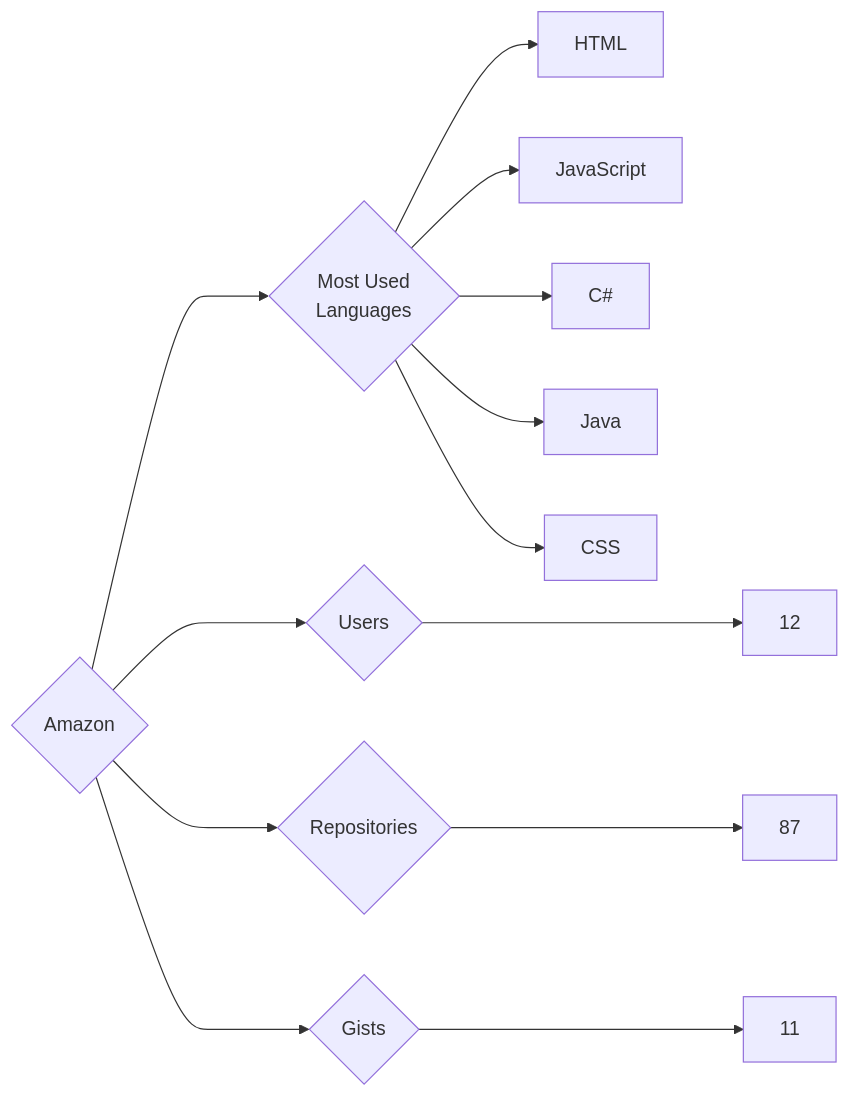
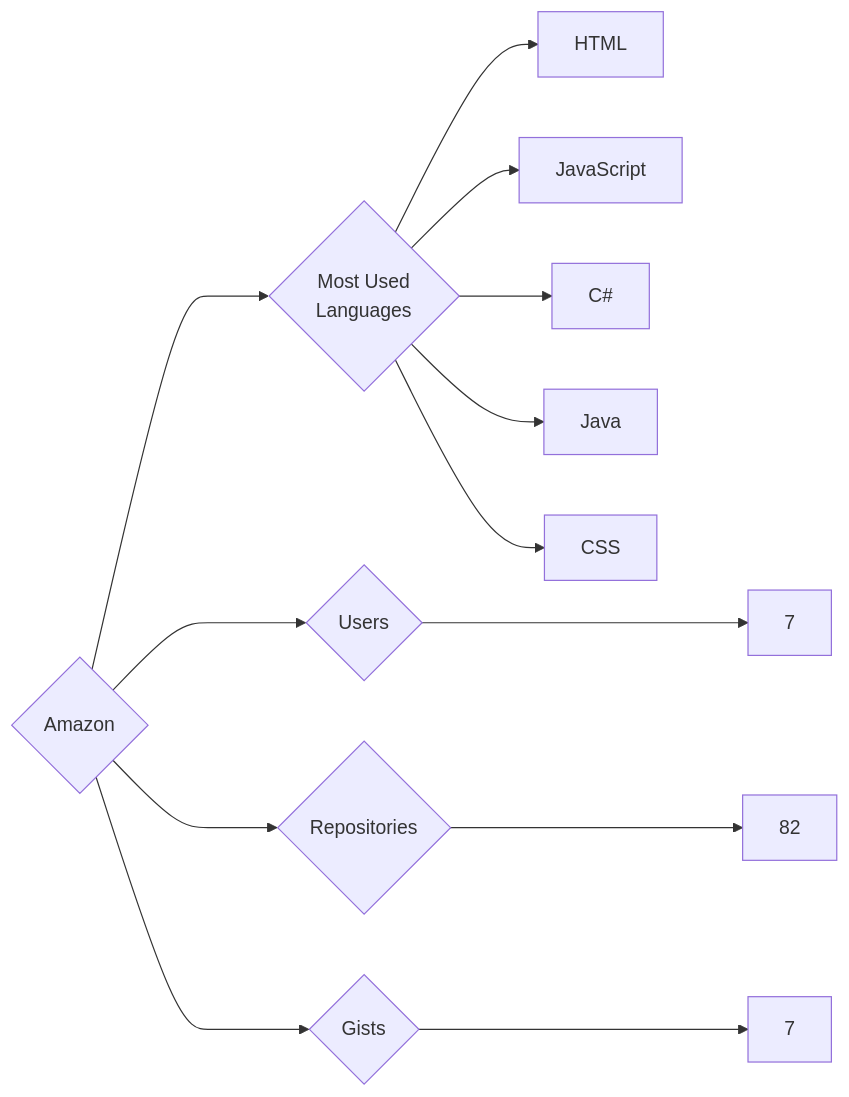
Before and after one commit to trickest/insiders: the diagram in targets/Amazon/README.md, drawn with Mermaid. The commit also changed 1120 other files, not shown here.

````diff
--- a/targets/Amazon/README.md
+++ b/targets/Amazon/README.md
@@ -3,13 +3,13 @@
 ```mermaid
 graph LR
 COMPANY_NAME{Amazon}
-COMPANY_NAME ---> U{Users} ---> UN[12]
-COMPANY_NAME ---> R{Repositories} ---> RN[87]
-COMPANY_NAME ---> G{Gists} ---> GN[11]
+COMPANY_NAME ---> U{Users} ---> UN[7]
+COMPANY_NAME ---> R{Repositories} ---> RN[82]
+COMPANY_NAME ---> G{Gists} ---> GN[7]
 COMPANY_NAME ---> ML{Most Used<br>Languages}
 ML --> HTML[HTML]
 ML --> JavaScript[JavaScript]
 ML --> C#[C#]
 ML --> Java[Java]
 ML --> CSS[CSS]
 ```
````
